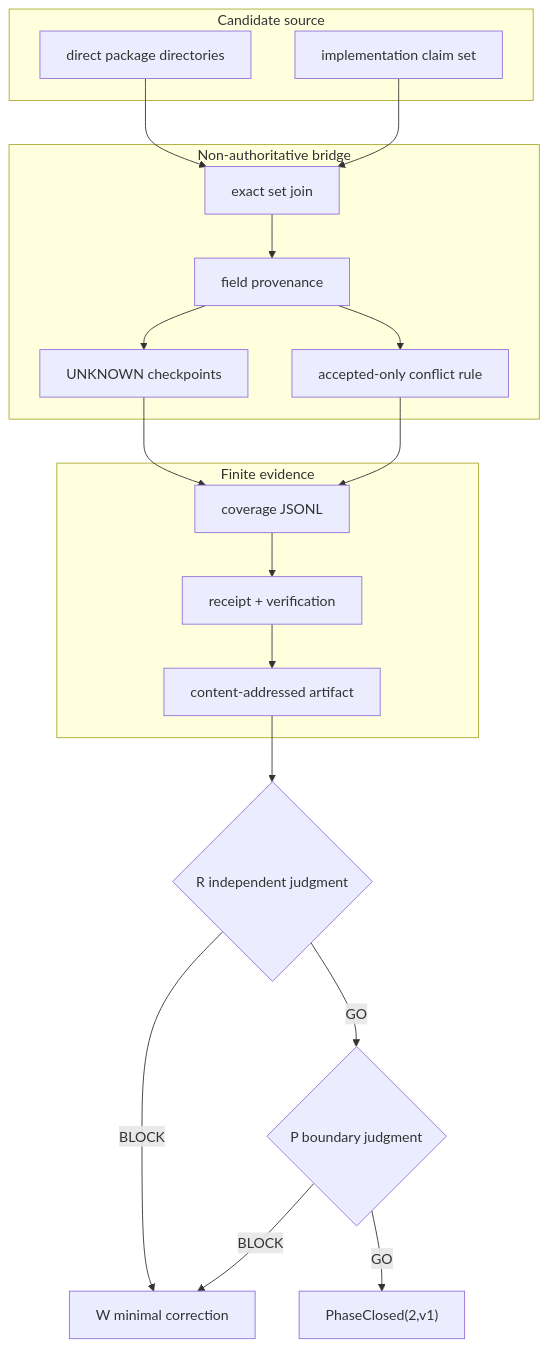
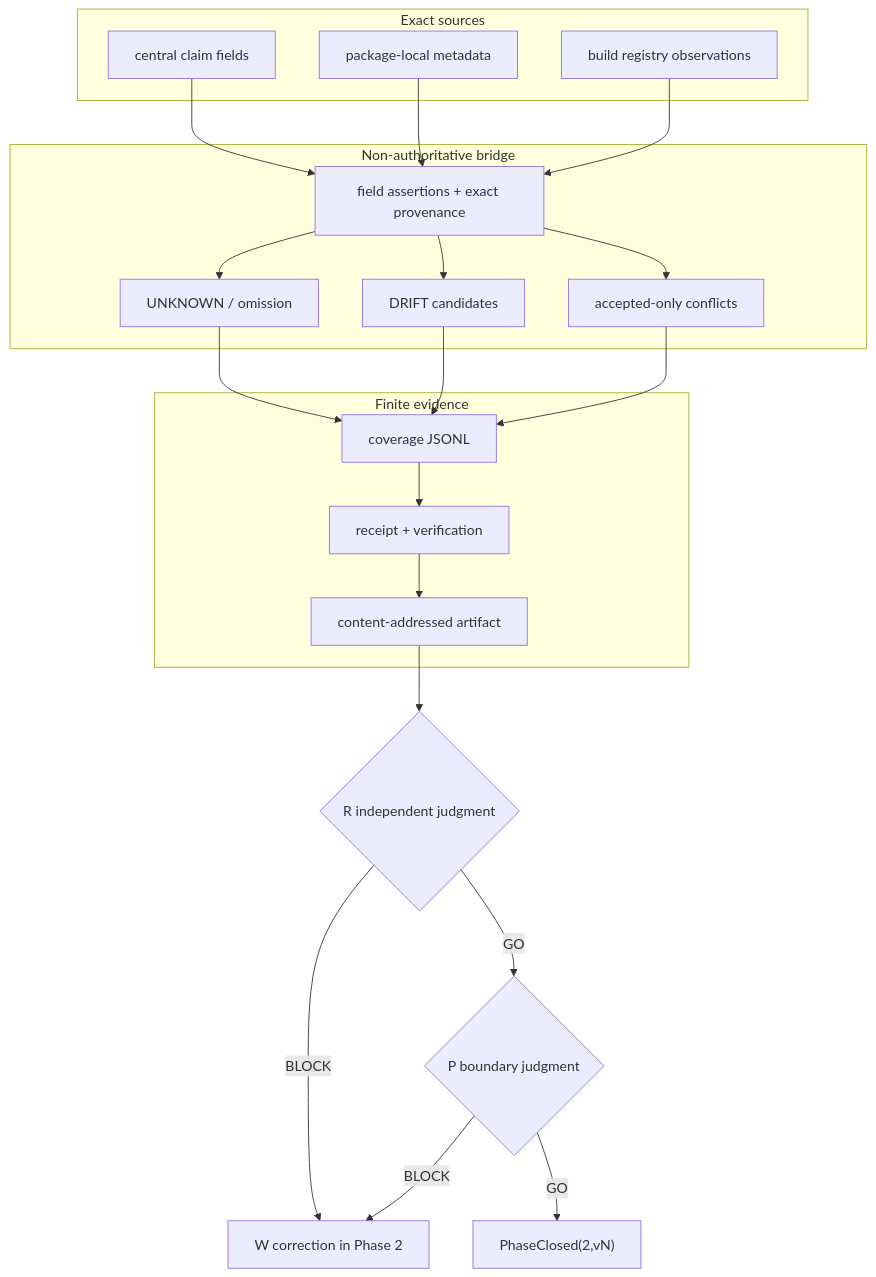
Before and after one commit to roccho-org/ops: the diagram in packages/ops-package-contract-bridge/PHASE2.md, drawn with Mermaid. The commit also changed other lines of this file, not shown here.

Commit message:
docs(contract): document Phase 2 source provenance closure

````diff
--- a/packages/ops-package-contract-bridge/PHASE2.md
+++ b/packages/ops-package-contract-bridge/PHASE2.md
@@ -94,36 +165,38 @@
 ```mermaid
 flowchart TB
-  subgraph SOURCE["Candidate source"]
-    D["direct package directories"]
-    C["implementation claim set"]
+  subgraph SOURCE["Exact sources"]
+    C["central claim fields"]
+    L["package-local metadata"]
+    G["build registry observations"]
   end
 
   subgraph BRIDGE["Non-authoritative bridge"]
-    S["exact set join"]
-    F["field provenance"]
-    U["UNKNOWN checkpoints"]
-    X["accepted-only conflict rule"]
+    B["field assertions + exact provenance"]
+    U["UNKNOWN / omission"]
+    D["DRIFT candidates"]
+    X["accepted-only conflicts"]
   end
 
   subgraph EVIDENCE["Finite evidence"]
     V["coverage JSONL"]
     R["receipt + verification"]
     A["content-addressed artifact"]
   end
 
-  D --> S
-  C --> S
-  S --> F
-  F --> U
-  F --> X
+  C --> B
+  L --> B
+  G --> B
+  B --> U
+  B --> D
+  B --> X
   U --> V
+  D --> V
   X --> V
-  V --> R
-  R --> A
+  V --> R --> A
 
   A --> JR{"R independent judgment"}
-  JR -->|BLOCK| W["W minimal correction"]
+  JR -->|BLOCK| W["W correction in Phase 2"]
   JR -->|GO| JP{"P boundary judgment"}
   JP -->|BLOCK| W
-  JP -->|GO| CLOSED["PhaseClosed(2,v1)"]
+  JP -->|GO| CLOSED["PhaseClosed(2,vN)"]
 ```
````
